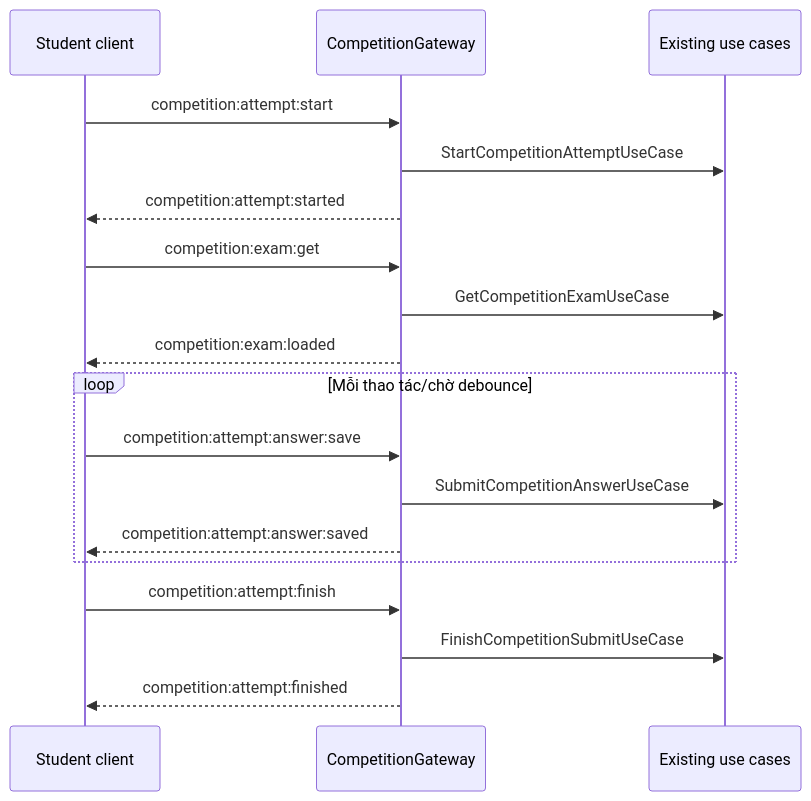
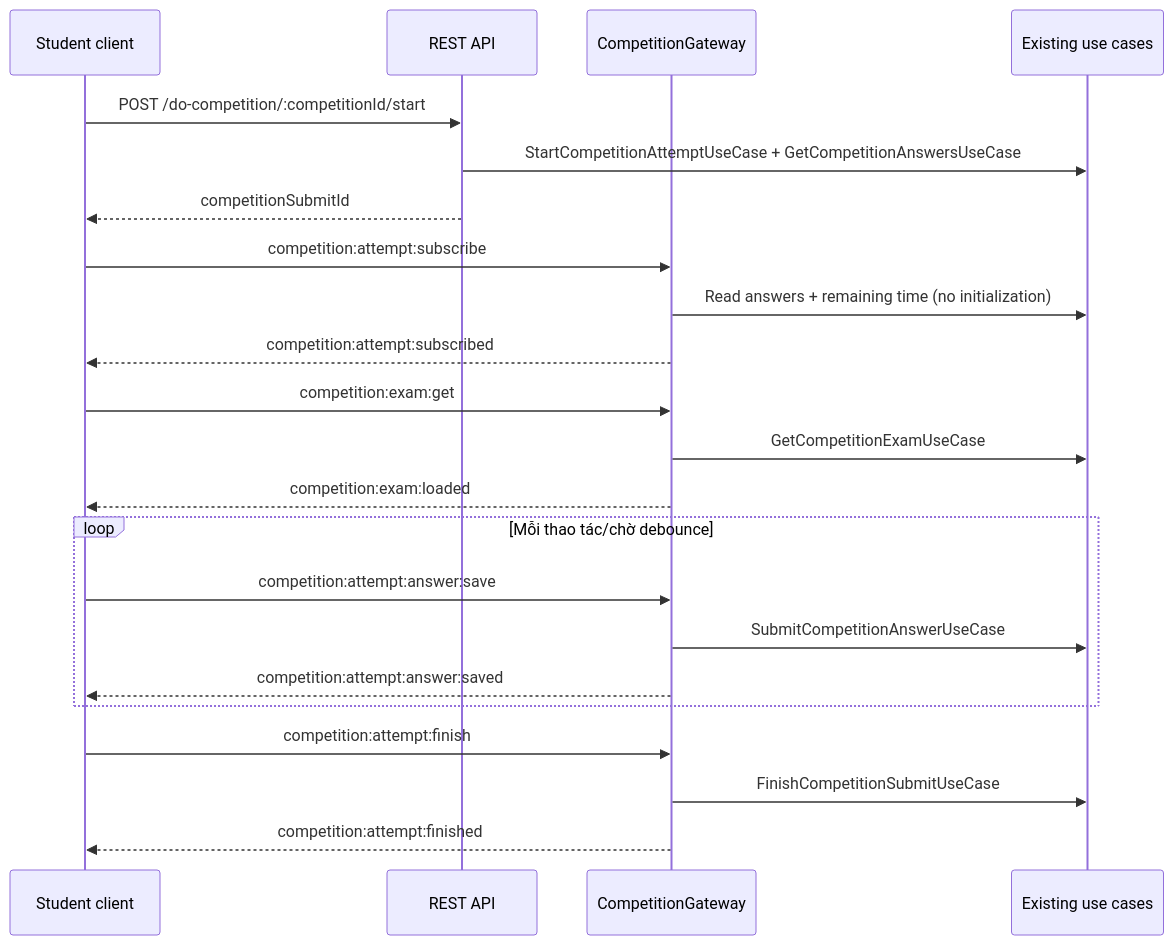
The diagram in docs/COMPETITION-SOCKET-EVENT-FLOW.md (Minhduc7904/BEE), drawn with Mermaid before and after one commit. The commit also changed other lines of this file and 4 other files, not shown here.

Commit message:
fix: Enhance competition answer retrieval and time remaining checks with authorization handling

````diff
--- a/docs/COMPETITION-SOCKET-EVENT-FLOW.md
+++ b/docs/COMPETITION-SOCKET-EVENT-FLOW.md
@@ -24,21 +26,25 @@
 ```mermaid
 sequenceDiagram
   participant C as Student client
+  participant A as REST API
   participant G as CompetitionGateway
   participant U as Existing use cases
 
-  C->>G: competition:attempt:start
-  G->>U: StartCompetitionAttemptUseCase
-  G-->>C: competition:attempt:started
+  C->>A: POST /do-competition/:competitionId/start
+  A->>U: StartCompetitionAttemptUseCase + GetCompetitionAnswersUseCase
+  A-->>C: competitionSubmitId
+  C->>G: competition:attempt:subscribe
+  G->>U: Read answers + remaining time (no initialization)
+  G-->>C: competition:attempt:subscribed
   C->>G: competition:exam:get
   G->>U: GetCompetitionExamUseCase
   G-->>C: competition:exam:loaded
   loop Mỗi thao tác/chờ debounce
     C->>G: competition:attempt:answer:save
     G->>U: SubmitCompetitionAnswerUseCase
     G-->>C: competition:attempt:answer:saved
   end
   C->>G: competition:attempt:finish
   G->>U: FinishCompetitionSubmitUseCase
   G-->>C: competition:attempt:finished
 ```
````
